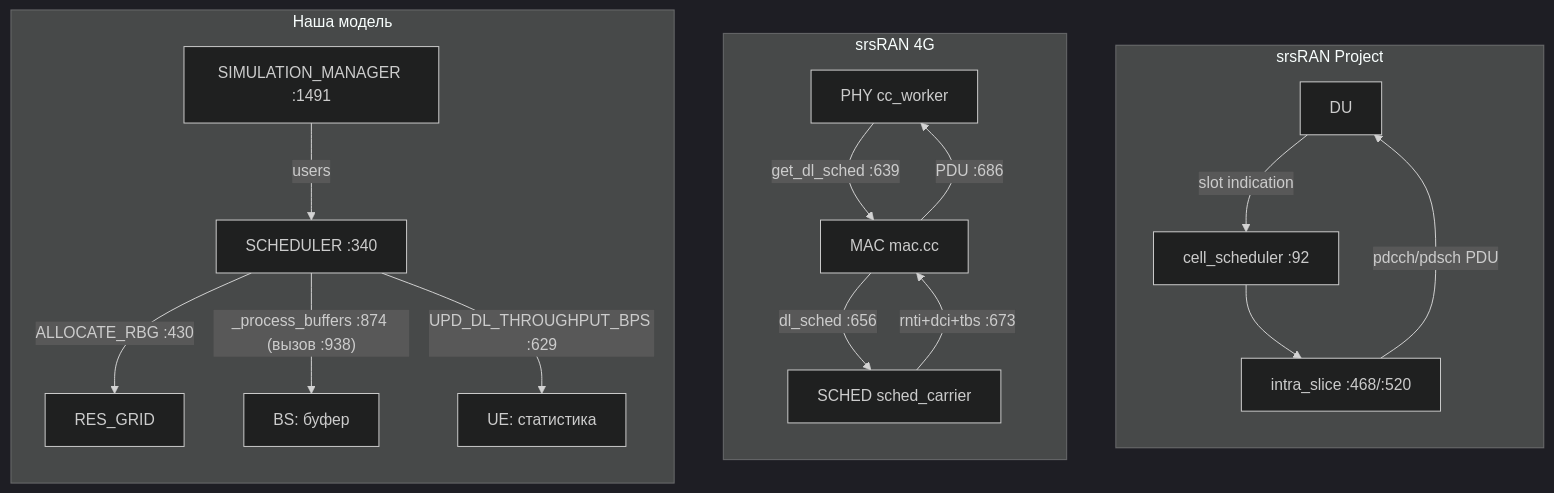
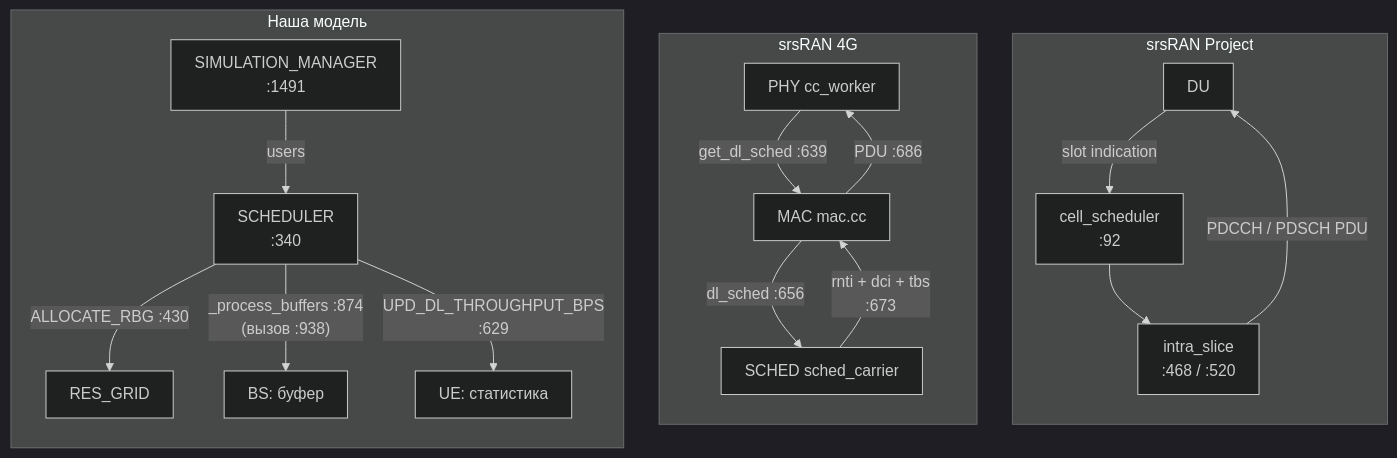
One commit to dokbrawn/REC-S5 changed the fifth of 5 diagrams in weeks/docs/week_03_report.md. Above: the diagram before and after it, drawn with Mermaid (dark theme). The commit also changed other lines of this file, not shown here.

````diff
--- a/weeks/docs/week_03_report.md
+++ b/weeks/docs/week_03_report.md
@@ -807,21 +811,22 @@
 ```mermaid
+%%{init: {"flowchart": {"htmlLabels": true, "nodeSpacing": 28, "rankSpacing": 36, "padding": 12}}}%%
 flowchart LR
     subgraph OURS2["Наша модель"]
-        SM["SIMULATION_MANAGER :1491"] -->|"users"| SCH["SCHEDULER :340"]
+        SM["SIMULATION_MANAGER<br/>:1491"] -->|"users"| SCH["SCHEDULER<br/>:340"]
         SCH -->|"ALLOCATE_RBG :430"| RG["RES_GRID"]
-        SCH -->|"_process_buffers :874 (вызов :938)"| BS["BS: буфер"]
-        SCH -->|"UPD_DL_THROUGHPUT_BPS :629"| UE["UE: статистика"]
+        SCH -->|"_process_buffers :874<br/>(вызов :938)"| BS["BS: буфер"]
+        SCH -->|"UPD_DL_THROUGHPUT_BPS<br/>:629"| UE["UE: статистика"]
     end
     subgraph FOURG2["srsRAN 4G"]
         PHY1["PHY cc_worker"] -->|"get_dl_sched :639"| MAC1["MAC mac.cc"]
         MAC1 -->|"dl_sched :656"| SCD1["SCHED sched_carrier"]
-        SCD1 -->|"rnti+dci+tbs :673"| MAC1
+        SCD1 -->|"rnti + dci + tbs<br/>:673"| MAC1
         MAC1 -->|"PDU :686"| PHY1
     end
     subgraph PROJ2["srsRAN Project"]
-        DU["DU"] -->|"slot indication"| CS["cell_scheduler :92"]
-        CS --> IS["intra_slice :468/:520"]
-        IS -->|"pdcch/pdsch PDU"| DU
+        DU["DU"] -->|"slot indication"| CS["cell_scheduler<br/>:92"]
+        CS --> IS["intra_slice<br/>:468 / :520"]
+        IS -->|"PDCCH / PDSCH PDU"| DU
     end
     OURS2 ~~~ FOURG2 ~~~ PROJ2
 ```
````
